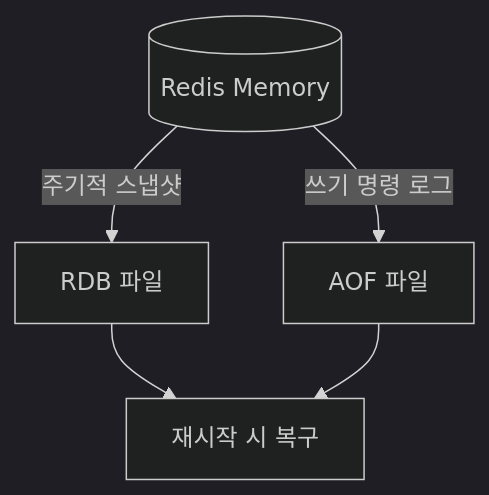
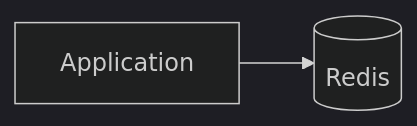
Before and after one commit to KROOKIMWOOBIN/study: the first of 4 diagrams in docs/backend/infra/redis/구조와운영.md, drawn with Mermaid (dark theme). The commit also changed other lines of this file and 15 other files, not shown here.

Commit message:
docs: reorganize redis roadmap

````diff
--- a/docs/backend/infra/redis/구조와운영.md
+++ b/docs/backend/infra/redis/구조와운영.md
@@ -94,8 +39,4 @@
 ```mermaid
-flowchart TB
-    R[(Redis Memory)]
-    R -->|주기적 스냅샷| RDB[RDB 파일]
-    R -->|쓰기 명령 로그| AOF[AOF 파일]
-    RDB --> RESTORE[재시작 시 복구]
-    AOF --> RESTORE
+flowchart LR
+    App[Application] --> R[(Redis)]
 ```
````
